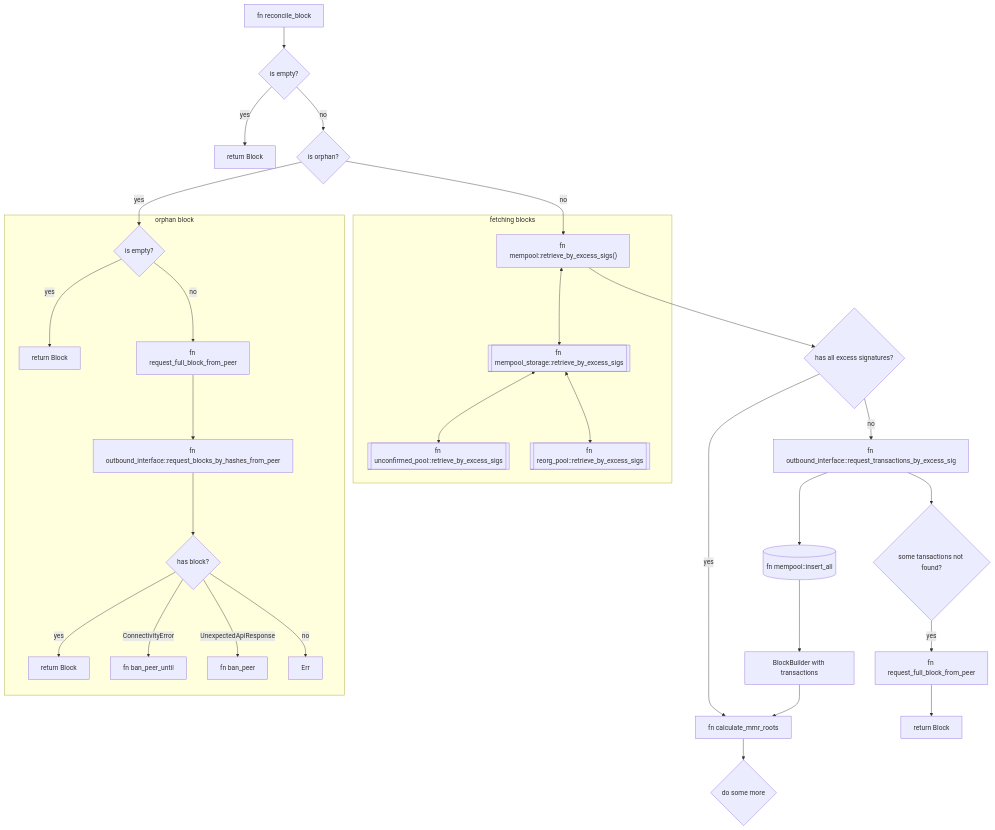
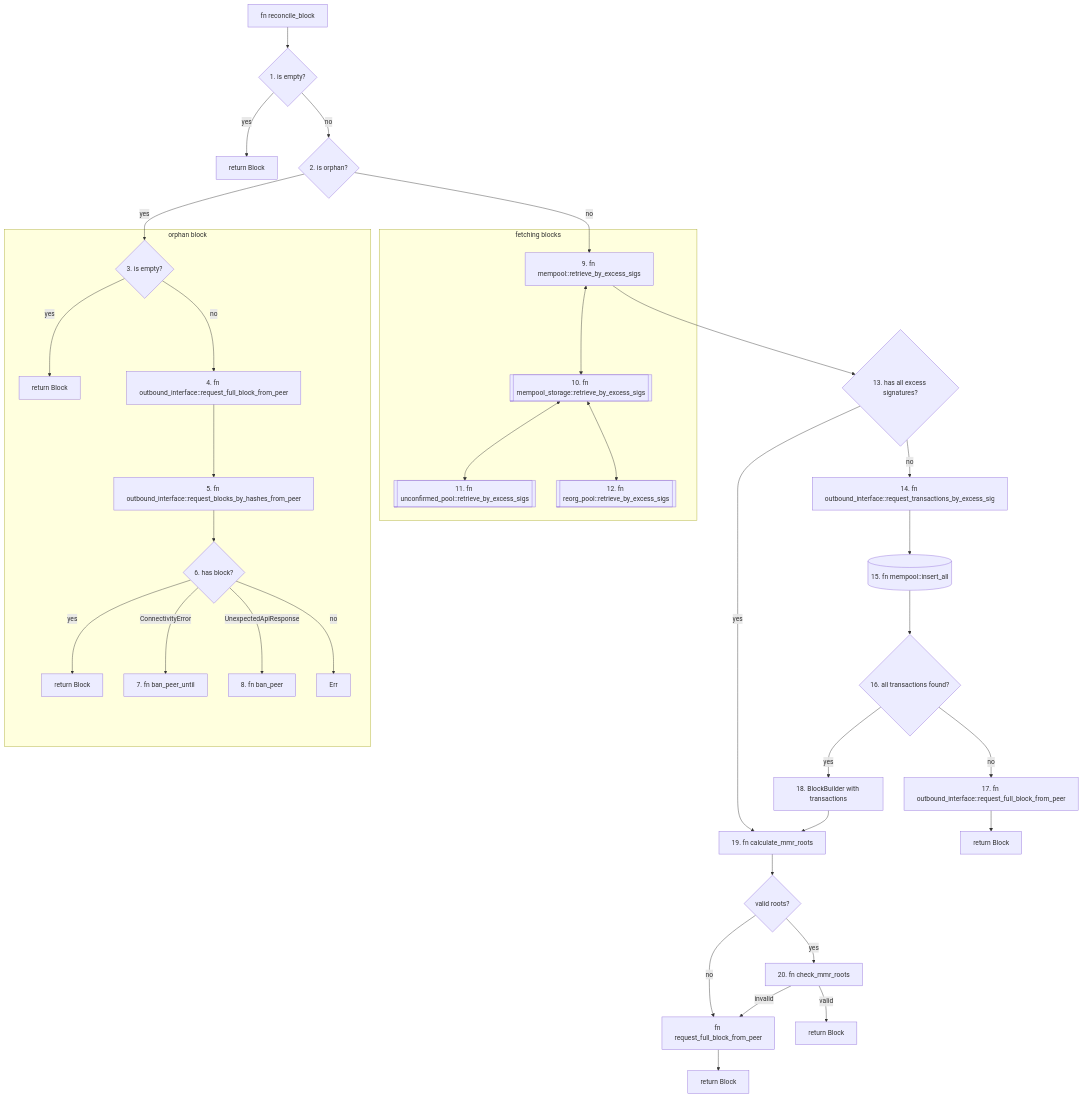
The diagram in docs/src/diagrams/reconcile_block.md (tari-project/tari), drawn with Mermaid before and after one commit.

Commit message:
Finish off the end of the reconcile block diagram

````diff
--- a/docs/src/diagrams/reconcile_block.md
+++ b/docs/src/diagrams/reconcile_block.md
@@ -15,40 +15,45 @@
 ```mermaid
 
 flowchart TD
-    A[fn reconcile_block] --> AA{is empty?}
+    A[fn reconcile_block] --> AA{1. is empty?}
     AA --yes --> AB[return Block]
-    AA --no --> AC{is orphan?}
+    AA --no --> AC{2. is orphan?}
     AC --yes --> D
-    AC --no --> B["fn mempool::retrieve_by_excess_sigs()"]
+    AC --no --> B[9. fn mempool::retrieve_by_excess_sigs]
     
     subgraph fetching blocks
-        B <--> BA[[fn mempool_storage::retrieve_by_excess_sigs]]
-        BA <--> BB[[fn unconfirmed_pool::retrieve_by_excess_sigs]]
-        BA <--> BC[[fn reorg_pool::retrieve_by_excess_sigs]]
+        B <--> BA[[10. fn mempool_storage::retrieve_by_excess_sigs]]
+        BA <--> BB[[11. fn unconfirmed_pool::retrieve_by_excess_sigs]]
+        BA <--> BC[[12. fn reorg_pool::retrieve_by_excess_sigs]]
     end
     
-    B --> C{has all excess signatures?}
-    C --no --> CA[fn outbound_interface::request_transactions_by_excess_sig]
-    C --yes --> CB[fn calculate_mmr_roots]
-    CA --> CC[(fn mempool::insert_all)]
-    CC --> CD[BlockBuilder with transactions]
+    B --> C{13. has all excess signatures?}
+    C --no --> CA[14. fn outbound_interface::request_transactions_by_excess_sig]
+    CA --> CC[(15. fn mempool::insert_all)]
+    CC --> CE{16. all transactions found?}
+    CE --no --> CF[17. fn outbound_interface::request_full_block_from_peer]
+    CE --yes --> CD[18. BlockBuilder with transactions]
+    C --yes --> CB[19. fn calculate_mmr_roots]
+    CB --> CH{valid roots?}
+    CH --no --> CJ[fn request_full_block_from_peer]
+    CJ --> CK[return Block]
+    CH --yes --> CL[20. fn check_mmr_roots]
+    CL --invalid --> CJ
     CD --> CB
-    CA --> CE{some tansactions not found?}
-    CE --yes --> CF[fn request_full_block_from_peer]
+    CL --valid --> CM[return Block]
     CF --> CG[return Block]
-    CB --> CH{do some more}
 
     subgraph orphan block
-        D{is empty?}
+        D{3. is empty?}
         D --yes --> DA[return Block]
-        D --no --> DB[fn request_full_block_from_peer]
-        DB --> DC[fn outbound_interface::request_blocks_by_hashes_from_peer]
-        DC --> DD{has block?}
+        D --no --> DB[4. fn outbound_interface::request_full_block_from_peer]
+        DB --> DC[5. fn outbound_interface::request_blocks_by_hashes_from_peer]
+        DC --> DD{6. has block?}
         DD --yes --> DE[return Block]
-        DD --ConnectivityError --> DF[fn ban_peer_until]
-        DD --UnexpectedApiResponse --> DG[fn ban_peer]
+        DD --ConnectivityError --> DF[7. fn ban_peer_until]
+        DD --UnexpectedApiResponse --> DG[8. fn ban_peer]
         DD --no --> DH[Err]
     end
     
     classDef note fill:#eee,stroke:#ccc
 ```
````
